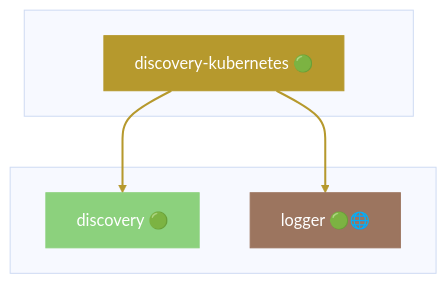
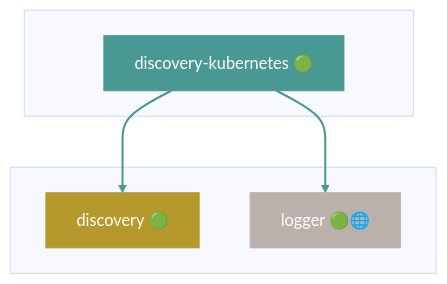
Before and after one commit to grest-ts/grest-ts: diagram 15 of 45 in docs/DEPENDENCIES.md, drawn with Mermaid (base theme). The commit also changed other lines of this file and 6 other files, not shown here.

````diff
--- a/docs/DEPENDENCIES.md
+++ b/docs/DEPENDENCIES.md
@@ -825,17 +847,17 @@
 ```mermaid
 flowchart TB
     subgraph Package[" "]
         discovery-kubernetes["discovery-kubernetes 🟢"]
     end
     subgraph Dependencies[" "]
         discovery["discovery 🟢"]
         logger["logger 🟢🌐"]
     end
     discovery-kubernetes --> discovery
     discovery-kubernetes --> logger
-    style discovery-kubernetes fill:#B6992D,stroke:#B6992D,color:#fff
-    style discovery fill:#8CD17D,stroke:#8CD17D,color:#fff
-    style logger fill:#9C755F,stroke:#9C755F,color:#fff
-    linkStyle 0 stroke:#B6992D,stroke-width:2px
-    linkStyle 1 stroke:#B6992D,stroke-width:2px
+    style discovery-kubernetes fill:#499894,stroke:#499894,color:#fff
+    style discovery fill:#B6992D,stroke:#B6992D,color:#fff
+    style logger fill:#BAB0AC,stroke:#BAB0AC,color:#fff
+    linkStyle 0 stroke:#499894,stroke-width:2px
+    linkStyle 1 stroke:#499894,stroke-width:2px
 ```
````
